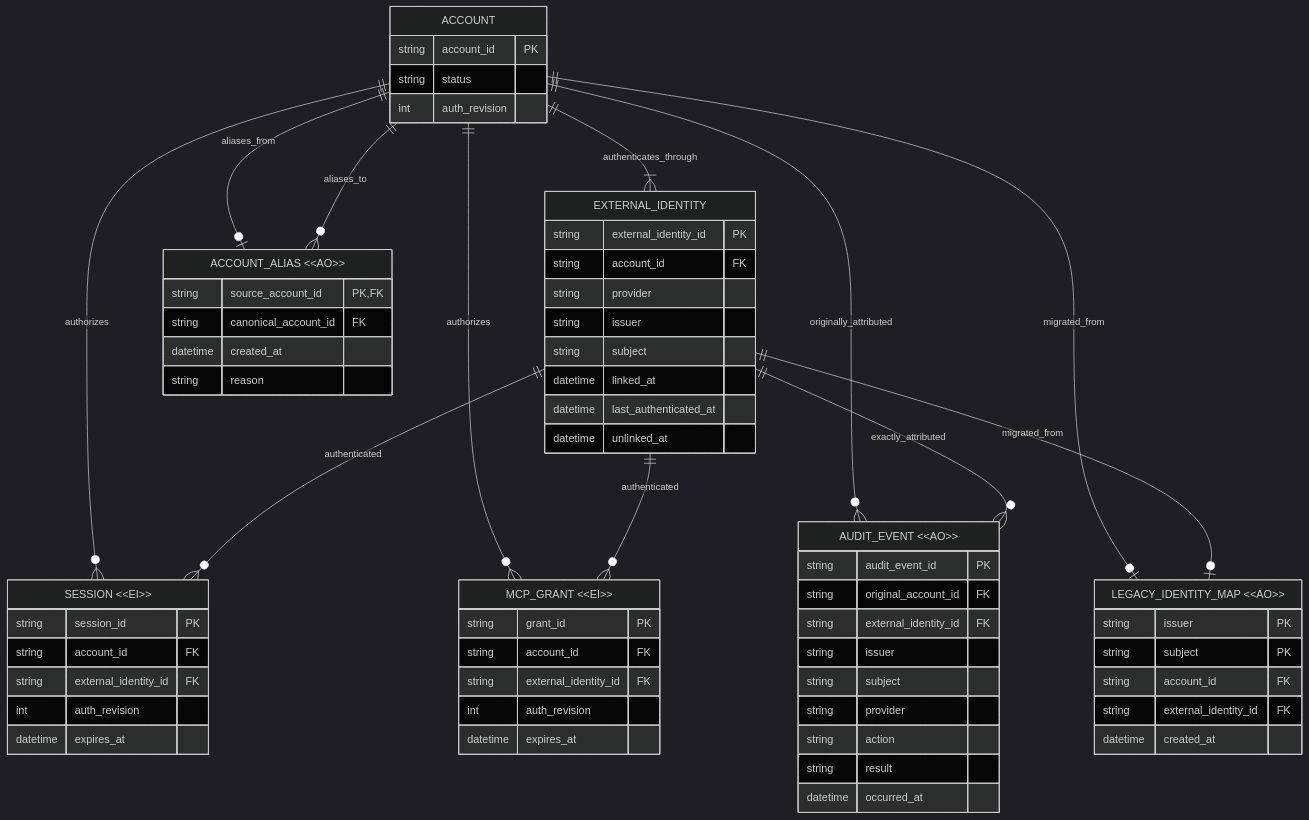
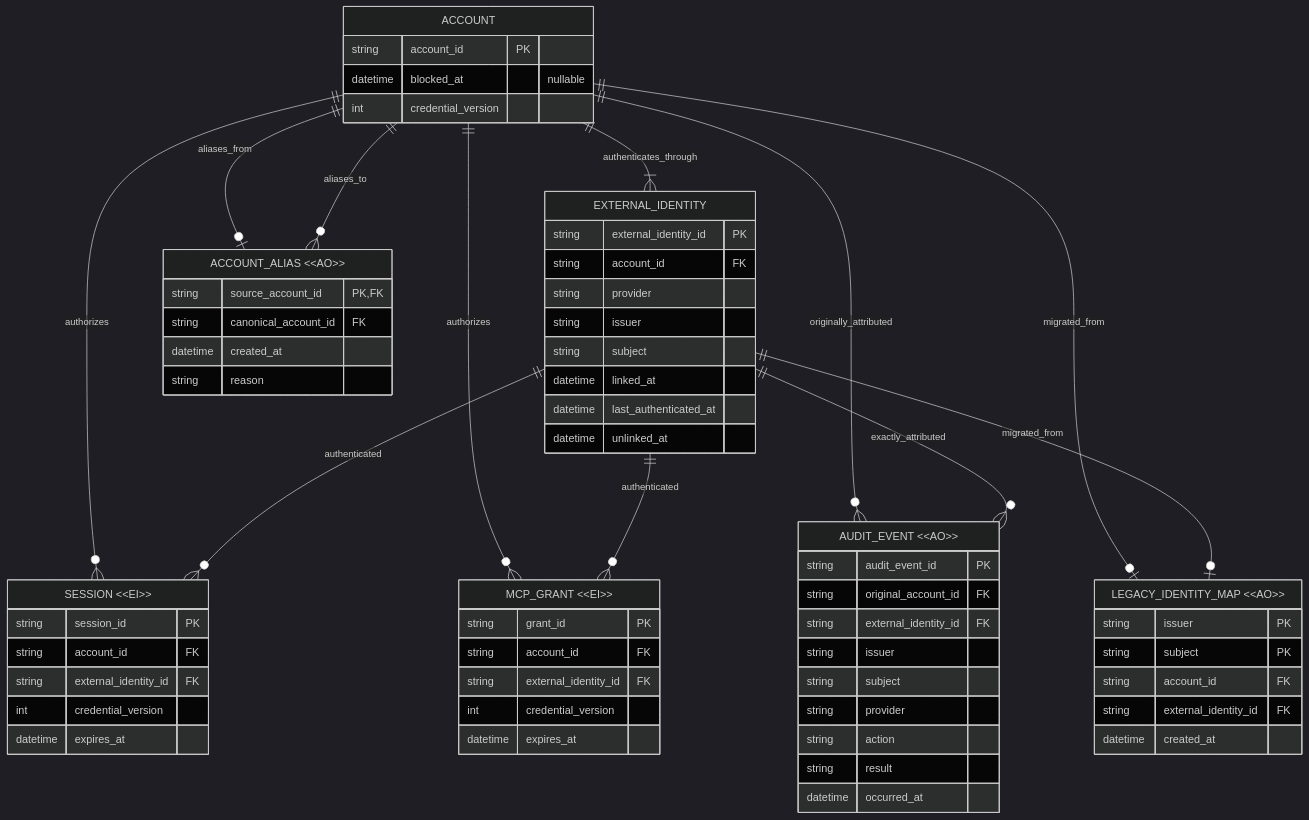
Before and after one commit to shazhou-ww/unicas: the second of 2 diagrams in tasks/ongoing/scottwei-office-pc/support-multi-provider-admin-identity/BusinessDataModel.md, drawn with Mermaid (dark theme). The commit also changed other lines of this file and 5 other files, not shown here.

````diff
--- a/tasks/ongoing/scottwei-office-pc/support-multi-provider-admin-identity/BusinessDataModel.md
+++ b/tasks/ongoing/scottwei-office-pc/support-multi-provider-admin-identity/BusinessDataModel.md
@@ -129,74 +114,74 @@
 ```mermaid
 erDiagram
   ACCOUNT {
     string account_id PK
-    string status
-    int auth_revision
+    datetime blocked_at "nullable"
+    int credential_version
   }
 
   EXTERNAL_IDENTITY {
     string external_identity_id PK
     string account_id FK
     string provider
     string issuer
     string subject
     datetime linked_at
     datetime last_authenticated_at
     datetime unlinked_at
   }
 
   SESSION["SESSION &lt;&lt;EI&gt;&gt;"] {
     string session_id PK
     string account_id FK
     string external_identity_id FK
-    int auth_revision
+    int credential_version
     datetime expires_at
   }
 
   MCP_GRANT["MCP_GRANT &lt;&lt;EI&gt;&gt;"] {
     string grant_id PK
     string account_id FK
     string external_identity_id FK
-    int auth_revision
+    int credential_version
     datetime expires_at
   }
 
   AUDIT_EVENT["AUDIT_EVENT &lt;&lt;AO&gt;&gt;"] {
     string audit_event_id PK
     string original_account_id FK
     string external_identity_id FK
     string issuer
     string subject
     string provider
     string action
     string result
     datetime occurred_at
   }
 
   ACCOUNT_ALIAS["ACCOUNT_ALIAS &lt;&lt;AO&gt;&gt;"] {
     string source_account_id PK, FK
     string canonical_account_id FK
     datetime created_at
     string reason
   }
 
   LEGACY_IDENTITY_MAP["LEGACY_IDENTITY_MAP &lt;&lt;AO&gt;&gt;"] {
     string issuer PK
     string subject PK
     string account_id FK
     string external_identity_id FK
     datetime created_at
   }
 
   ACCOUNT ||--|{ EXTERNAL_IDENTITY : authenticates_through
   ACCOUNT ||--o{ SESSION : authorizes
   EXTERNAL_IDENTITY ||--o{ SESSION : authenticated
   ACCOUNT ||--o{ MCP_GRANT : authorizes
   EXTERNAL_IDENTITY ||--o{ MCP_GRANT : authenticated
   ACCOUNT ||--o{ AUDIT_EVENT : originally_attributed
   EXTERNAL_IDENTITY ||--o{ AUDIT_EVENT : exactly_attributed
   ACCOUNT ||--o| ACCOUNT_ALIAS : aliases_from
   ACCOUNT ||--o{ ACCOUNT_ALIAS : aliases_to
   ACCOUNT ||--o| LEGACY_IDENTITY_MAP : migrated_from
   EXTERNAL_IDENTITY ||--o| LEGACY_IDENTITY_MAP : migrated_from
 ```
````
